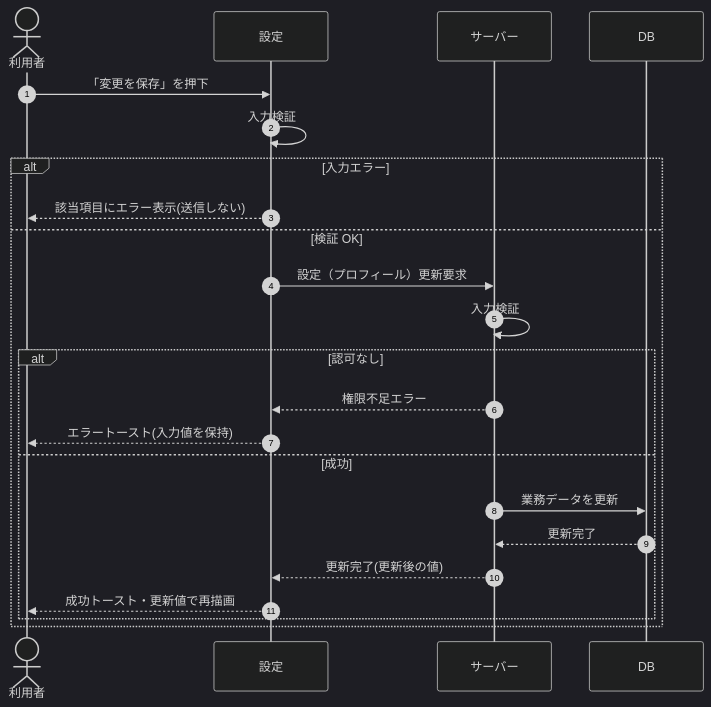
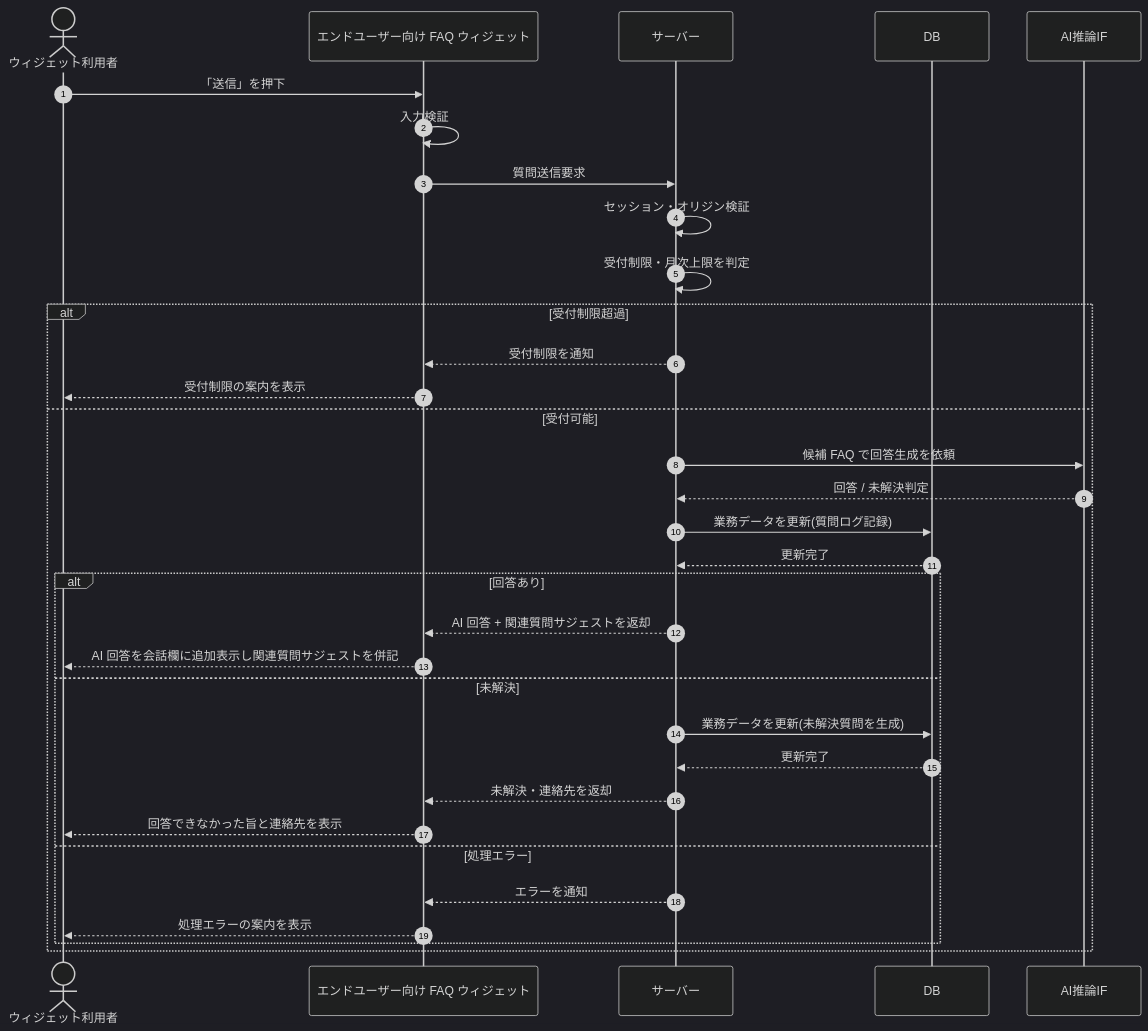
The diagram in 02_basic_design/03_sequences/SEQ-086.md (sikakou54/open-faq), drawn with Mermaid (dark theme) before and after one commit. The commit also changed other lines of this file and 395 other files, not shown here.

````diff
--- a/02_basic_design/03_sequences/SEQ-086.md
+++ b/02_basic_design/03_sequences/SEQ-086.md
@@ -25,25 +25,35 @@
 ```mermaid
 sequenceDiagram
   autonumber
-  actor U as 利用者
-  participant Screen as 設定
+  actor U as ウィジェット利用者
+  participant Screen as エンドユーザー向け FAQ ウィジェット
   participant Server as サーバー
   participant DB as DB
-  U->>Screen: 「変更を保存」を押下
+  participant AI as AI推論IF
+  U->>Screen: 「送信」を押下
   Screen->>Screen: 入力検証
-  alt 入力エラー
-    Screen-->>U: 該当項目にエラー表示(送信しない)
-  else 検証 OK
-    Screen->>Server: 設定（プロフィール）更新要求
-    Server->>Server: 入力検証
-    alt 認可なし
-      Server-->>Screen: 権限不足エラー
-      Screen-->>U: エラートースト(入力値を保持)
-    else 成功
-      Server->>DB: 業務データを更新
+  Screen->>Server: 質問送信要求
+  Server->>Server: セッション・オリジン検証
+  Server->>Server: 受付制限・月次上限を判定
+  alt 受付制限超過
+    Server-->>Screen: 受付制限を通知
+    Screen-->>U: 受付制限の案内を表示
+  else 受付可能
+    Server->>AI: 候補 FAQ で回答生成を依頼
+    AI-->>Server: 回答 / 未解決判定
+    Server->>DB: 業務データを更新(質問ログ記録)
+    DB-->>Server: 更新完了
+    alt 回答あり
+      Server-->>Screen: AI 回答 + 関連質問サジェストを返却
+      Screen-->>U: AI 回答を会話欄に追加表示し関連質問サジェストを併記
+    else 未解決
+      Server->>DB: 業務データを更新(未解決質問を生成)
       DB-->>Server: 更新完了
-      Server-->>Screen: 更新完了(更新後の値)
-      Screen-->>U: 成功トースト・更新値で再描画
+      Server-->>Screen: 未解決・連絡先を返却
+      Screen-->>U: 回答できなかった旨と連絡先を表示
+    else 処理エラー
+      Server-->>Screen: エラーを通知
+      Screen-->>U: 処理エラーの案内を表示
     end
   end
 ```
````
